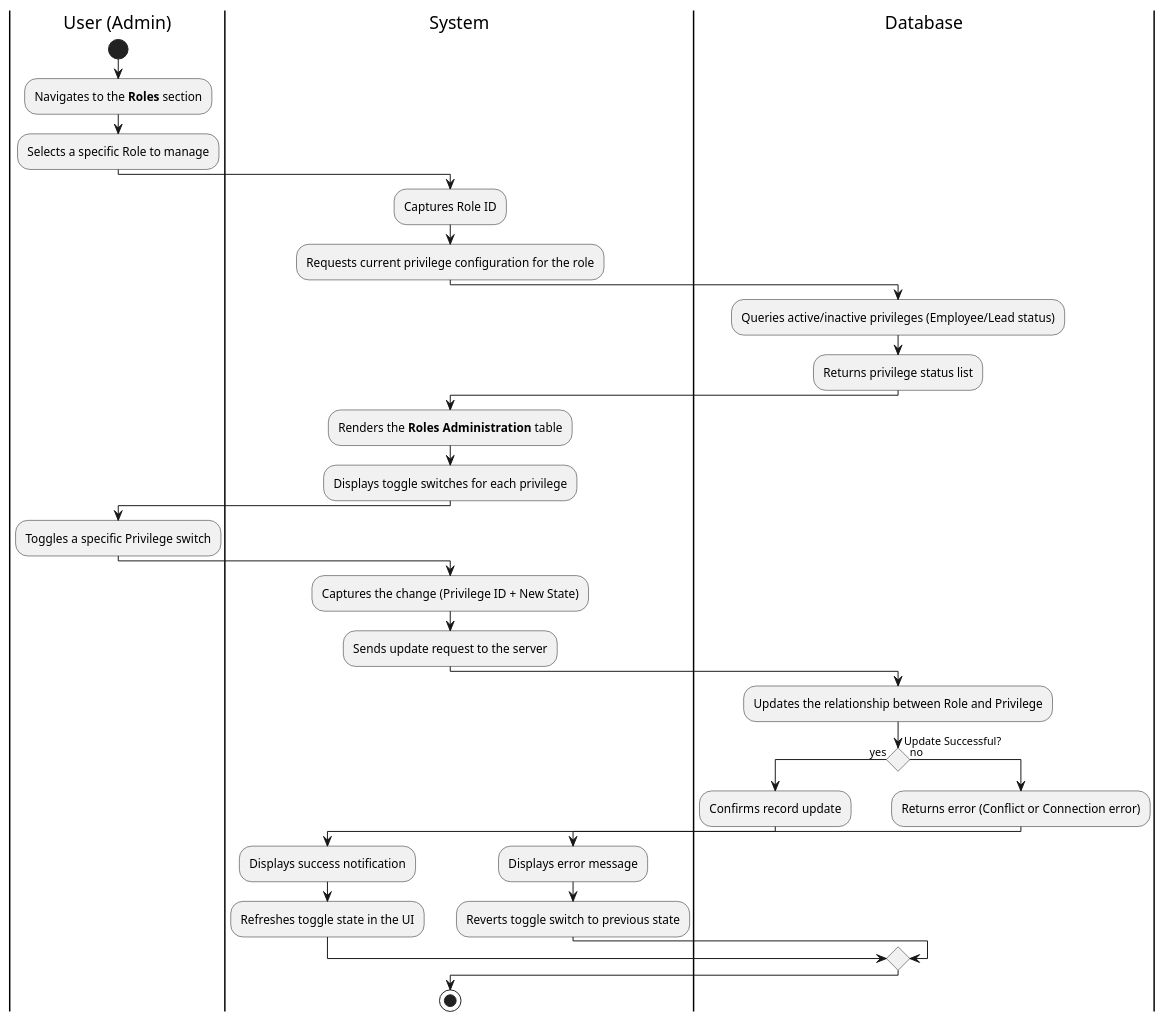
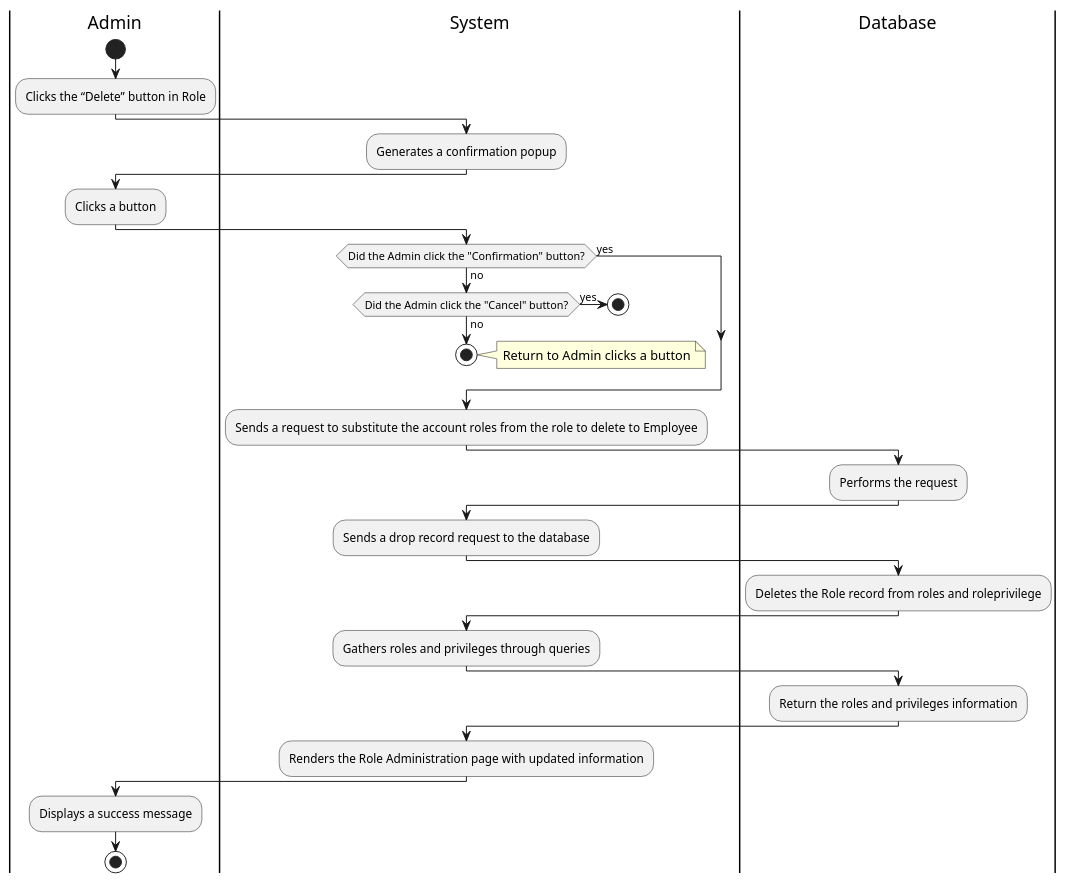
One commit to Berthou05/LimboSoftwareDevelopment_Change.org changed the diagram in documentation/activity_diagrams/ADMIN-03-ActivityDiagram.puml. Above: the diagram before and after it, drawn with PlantUML. The commit also changed 14 other files, not shown here.

Commit message:
[DOCS]: Correction of Activity Diagrams. Addition of ADMIN-03, EMP-02, PROJ-11. Naming modifications of ADMIN-04, ADMIN-05 and ADMIN-06.

```diff
--- a/documentation/activity_diagrams/ADMIN-03-ActivityDiagram.puml
+++ b/documentation/activity_diagrams/ADMIN-03-ActivityDiagram.puml
@@ -1,45 +1,38 @@
 @startuml
-skinparam conditionStyle diamond
+|Admin|
+start
+:Clicks the “Delete” button in Role;
+|System|
+:Generates a confirmation popup;
+|Admin|
+:Clicks a button;
+|System|
+if(Did the Admin click the "Confirmation" button?) is (yes) then
+else(no)
+    if(Did the Admin click the "Cancel" button?) is (yes) then
+        stop
+    else(no)
+    stop
+    note right
+        Return to Admin clicks a button
+    end note
+    end if
+end if
+:Sends a  request to substitute the account roles from the role to delete to Employee;
+|Database|
+:Performs the request;
+|System|
+:Sends a drop record request to the database;
+|Database|
+:Deletes the Role record from roles and roleprivilege;
+|System|
+:Gathers roles and privileges through queries;
+|Database|
+:Return the roles and privileges information;
+|System|
+:Renders the Role Administration page with updated information;
+|Admin|
+:Displays a success message;
+stop
 
-|User (Admin)|
-start
-:Navigates to the **Roles** section;
-:Selects a specific Role to manage;
-
-|System|
-:Captures Role ID;
-:Requests current privilege configuration for the role;
-
-|Database|
-:Queries active/inactive privileges (Employee/Lead status);
-:Returns privilege status list;
-
-|System|
-:Renders the **Roles Administration** table;
-:Displays toggle switches for each privilege;
-
-|User (Admin)|
-:Toggles a specific Privilege switch;
-
-|System|
-:Captures the change (Privilege ID + New State);
-:Sends update request to the server;
-
-|Database|
-:Updates the relationship between Role and Privilege;
-
-if (Update Successful?) then (yes)
-    :Confirms record update;
-    |System|
-    :Displays success notification;
-    :Refreshes toggle state in the UI;
-else (no)
-    |Database|
-    :Returns error (Conflict or Connection error);
-    |System|
-    :Displays error message;
-    :Reverts toggle switch to previous state;
-endif
-
-stop
 @enduml
```
